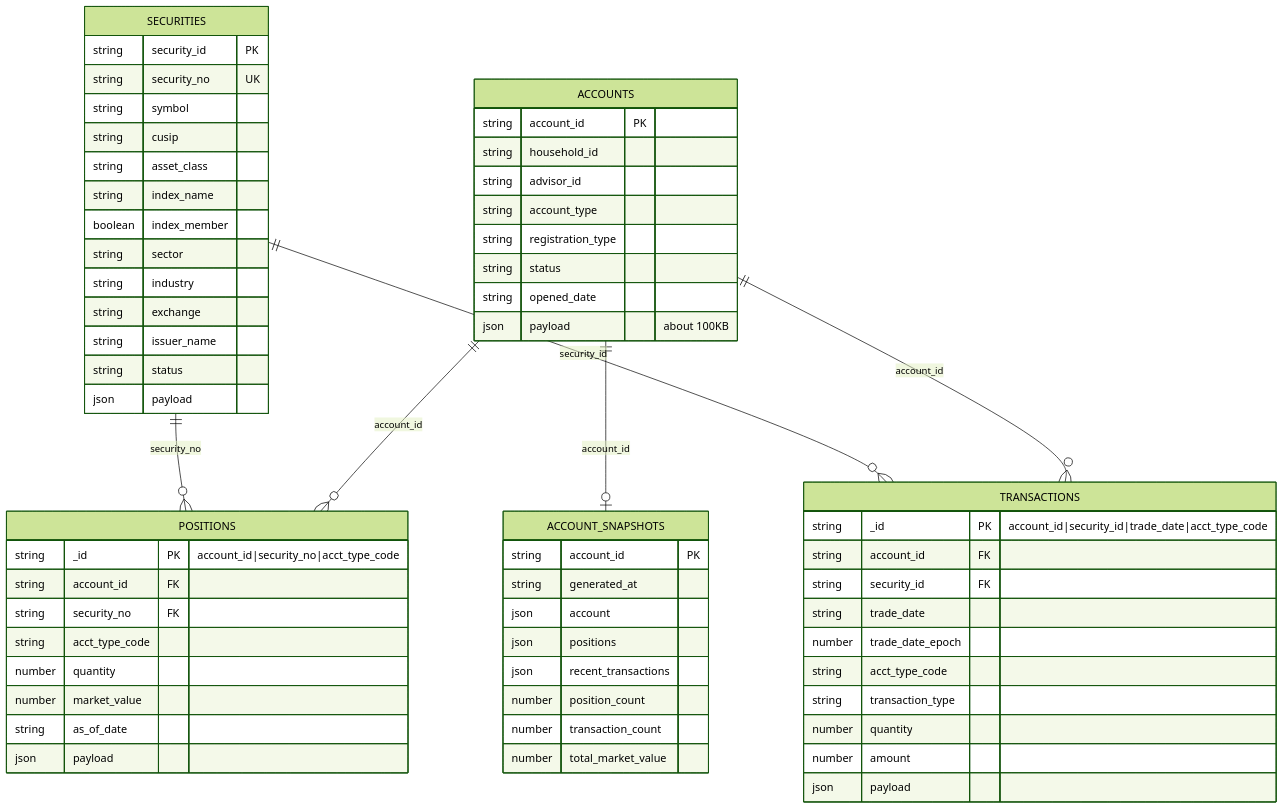
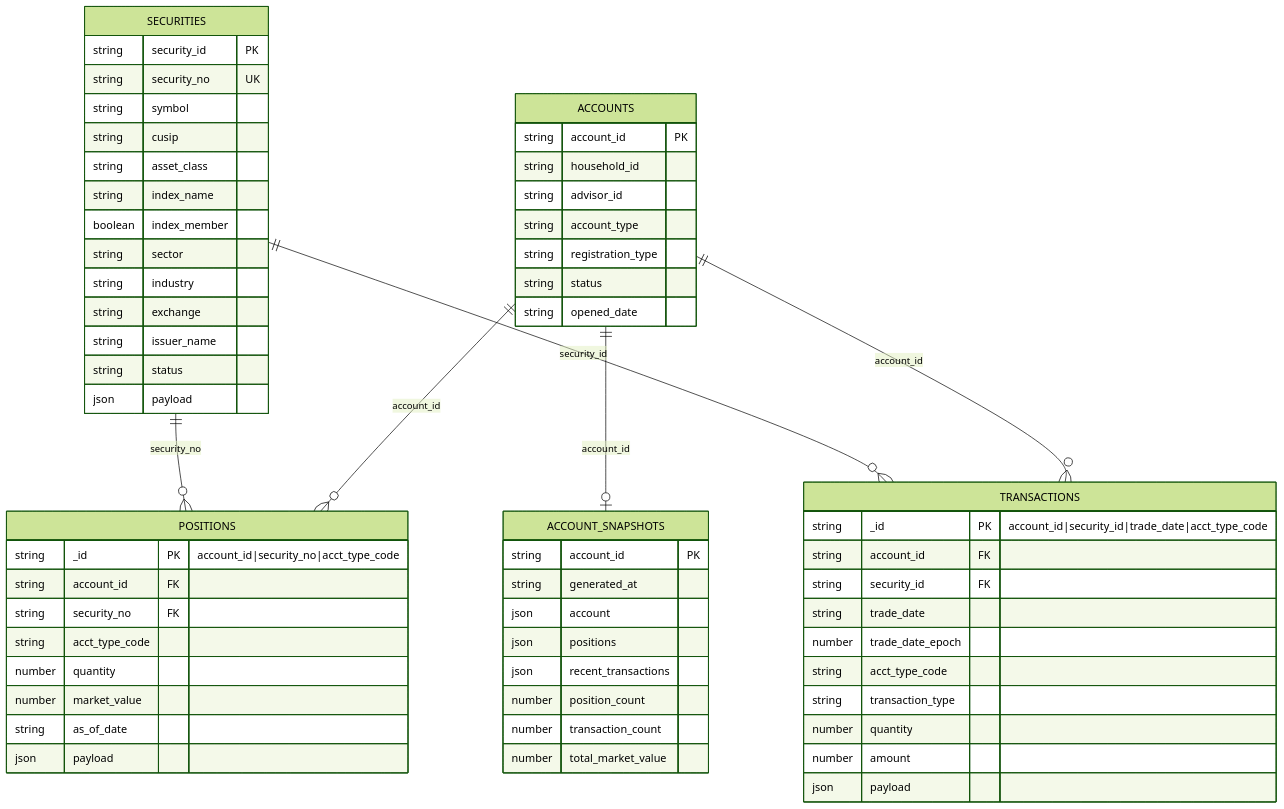
Before and after one commit to alberttwong/redis_financial_demo: the first of 4 diagrams in README.md, drawn with Mermaid (forest theme). The commit also changed other lines of this file and 13 other files, not shown here.

````diff
--- a/README.md
+++ b/README.md
@@ -55,70 +55,69 @@
 ```mermaid
 erDiagram
     ACCOUNTS ||--o{ POSITIONS : "account_id"
     ACCOUNTS ||--o{ TRANSACTIONS : "account_id"
     SECURITIES ||--o{ POSITIONS : "security_no"
     SECURITIES ||--o{ TRANSACTIONS : "security_id"
     ACCOUNTS ||--o| ACCOUNT_SNAPSHOTS : "account_id"
 
     ACCOUNTS {
         string account_id PK
         string household_id
         string advisor_id
         string account_type
         string registration_type
         string status
         string opened_date
-        json payload "about 100KB"
     }
 
     SECURITIES {
         string security_id PK
         string security_no UK
         string symbol
         string cusip
         string asset_class
         string index_name
         boolean index_member
         string sector
         string industry
         string exchange
         string issuer_name
         string status
         json payload
     }
 
     POSITIONS {
         string _id PK "account_id|security_no|acct_type_code"
         string account_id FK
         string security_no FK
         string acct_type_code
         number quantity
         number market_value
         string as_of_date
         json payload
     }
 
     TRANSACTIONS {
         string _id PK "account_id|security_id|trade_date|acct_type_code"
         string account_id FK
         string security_id FK
         string trade_date
         number trade_date_epoch
         string acct_type_code
         string transaction_type
         number quantity
         number amount
         json payload
     }
 
     ACCOUNT_SNAPSHOTS {
         string account_id PK
         string generated_at
         json account
         json positions
         json recent_transactions
         number position_count
         number transaction_count
         number total_market_value
     }
 ```
````
